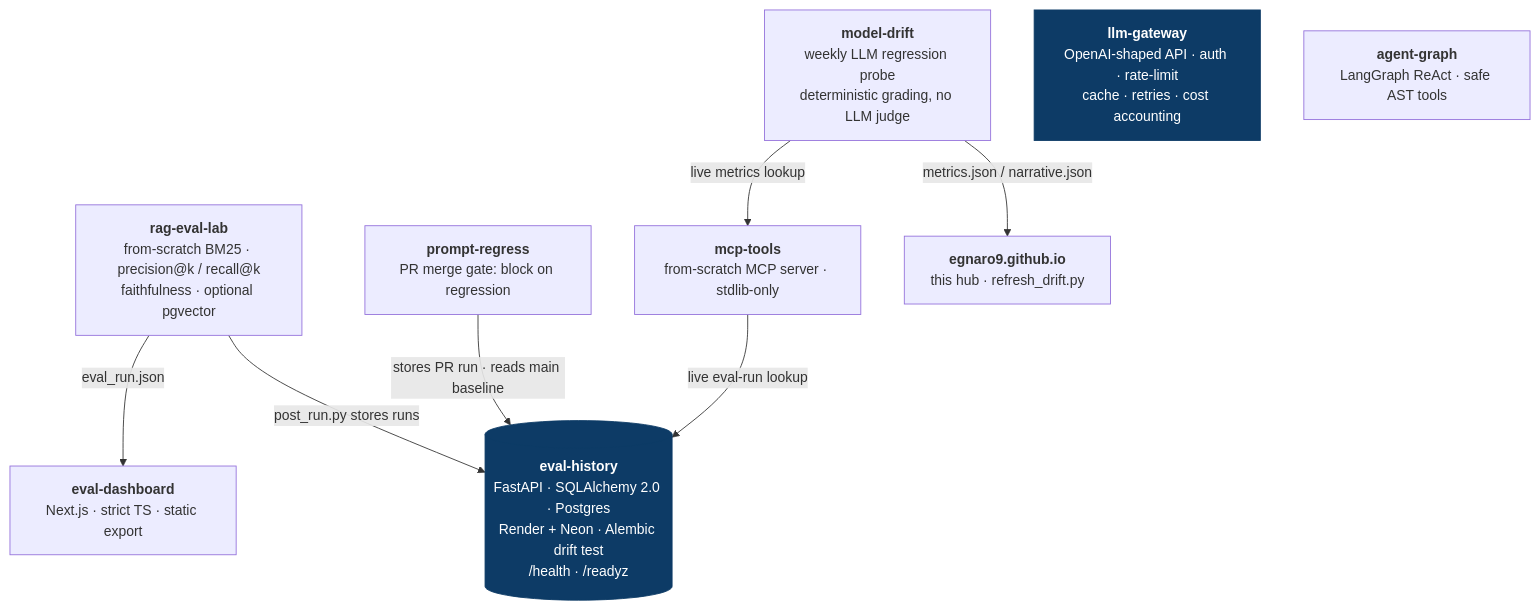
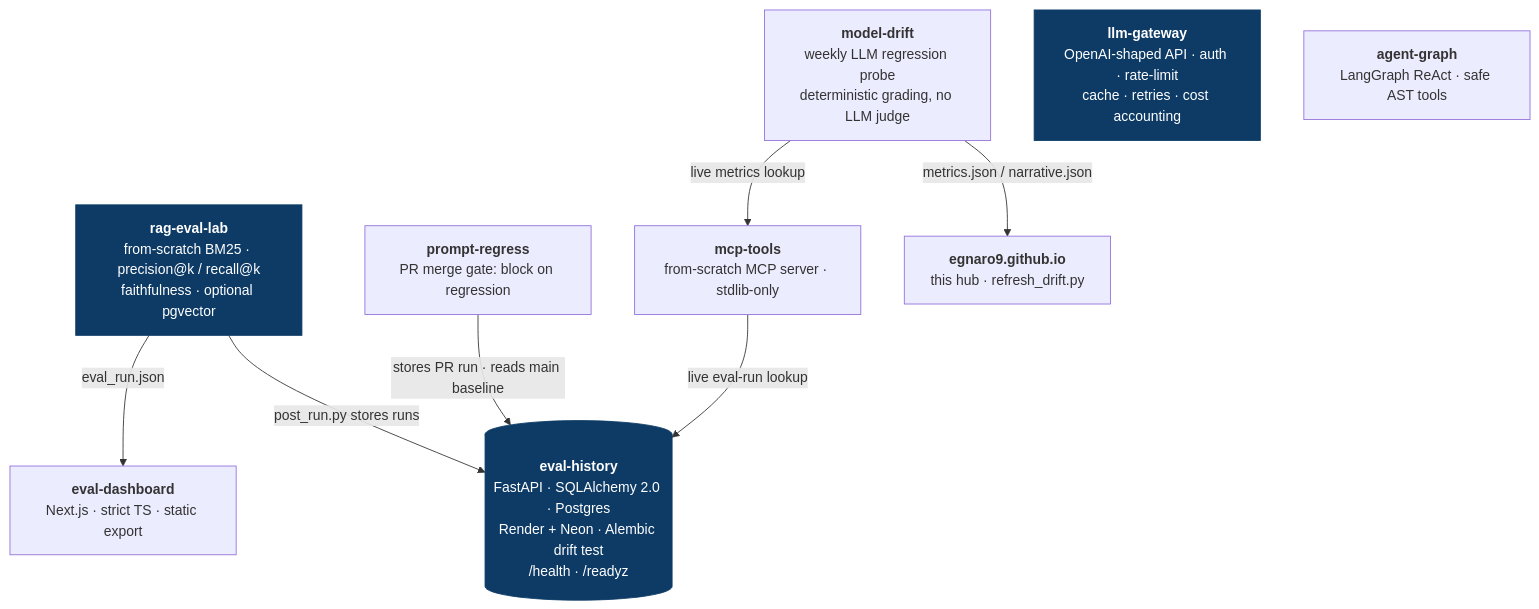
One commit to egnaro9/egnaro9.github.io changed the diagram in README.md. Above: the diagram before and after it, drawn with Mermaid. The commit also changed other lines of this file and 1 other file, not shown here.

````diff
--- a/README.md
+++ b/README.md
@@ -19,22 +19,22 @@
 ```mermaid
 flowchart TD
     MD["<b>model-drift</b><br/>weekly LLM regression probe<br/>deterministic grading, no LLM judge"]
     EH[("<b>eval-history</b><br/>FastAPI · SQLAlchemy 2.0 · Postgres<br/>Render + Neon · Alembic drift test<br/>/health · /readyz")]
     GW["<b>llm-gateway</b><br/>OpenAI-shaped API · auth · rate-limit<br/>cache · retries · cost accounting"]
     REL["<b>rag-eval-lab</b><br/>from-scratch BM25 · precision@k / recall@k<br/>faithfulness · optional pgvector"]
     DASH["<b>eval-dashboard</b><br/>Next.js · strict TS · static export"]
     PR["<b>prompt-regress</b><br/>PR merge gate: block on regression"]
     AG["<b>agent-graph</b><br/>LangGraph ReAct · safe AST tools"]
     MCP["<b>mcp-tools</b><br/>from-scratch MCP server · stdlib-only"]
     HUB["<b>egnaro9.github.io</b><br/>this hub · refresh_drift.py"]
 
     MD -->|metrics.json / narrative.json| HUB
     MD -->|live metrics lookup| MCP
     REL -->|post_run.py stores runs| EH
     PR -->|stores PR run · reads main baseline| EH
     MCP -->|live eval-run lookup| EH
     REL -->|eval_run.json| DASH
 
     classDef svc fill:#0d3b66,stroke:#0d3b66,color:#fff;
-    class EH,GW svc;
+    class EH,GW,REL svc;
 ```
````
